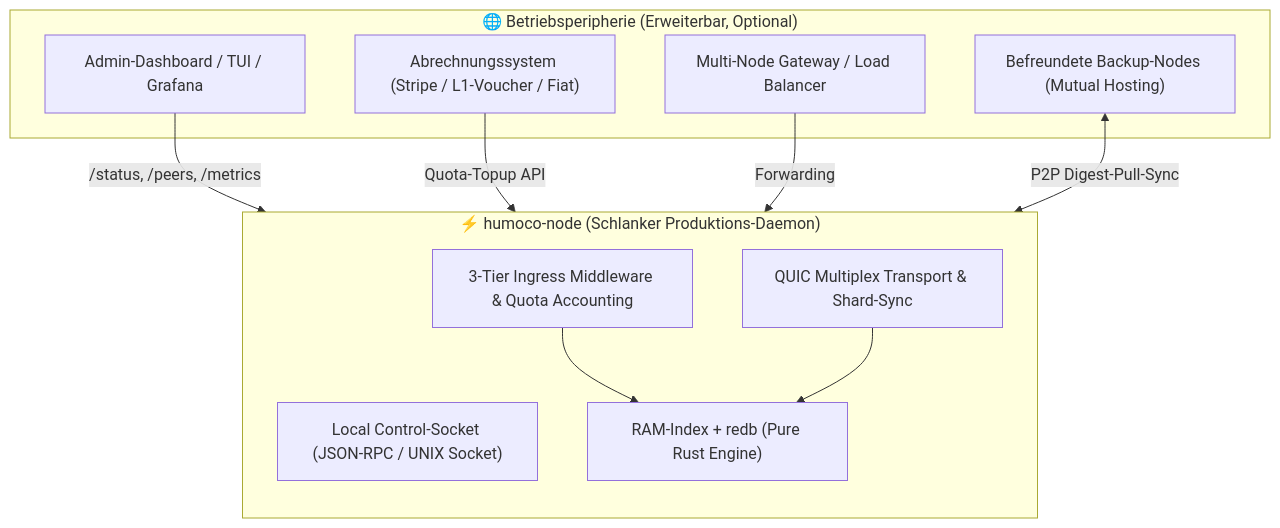
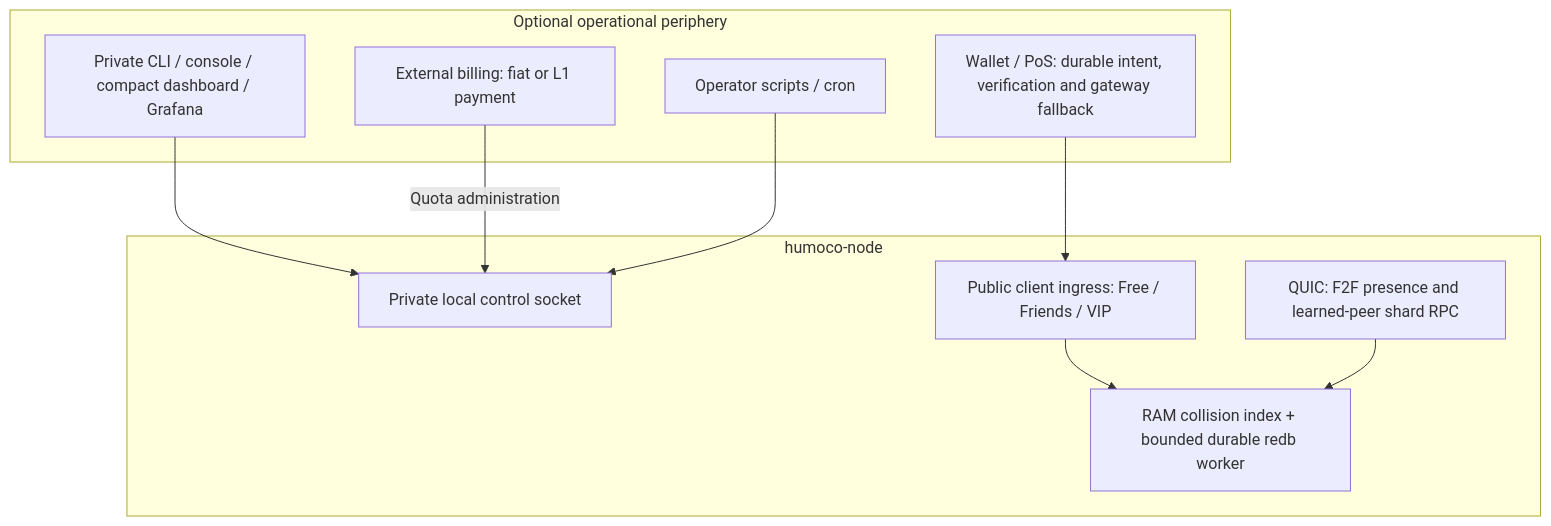
The first of 2 diagrams in docs/20_vogelperspektive_oekosystem_und_zukunftssicherheit.md (minutogit/human-money-node), drawn with Mermaid before and after one commit. The commit also changed other lines of this file and 38 other files, not shown here.

First line of the commit message:
feat(arch): consolidate architecture specs and enforce durable-before-vote

````diff
--- a/docs/20_vogelperspektive_oekosystem_und_zukunftssicherheit.md
+++ b/docs/20_vogelperspektive_oekosystem_und_zukunftssicherheit.md
@@ -14,24 +11,21 @@
 ```mermaid
 flowchart TB
-    subgraph Periphery["🌐 Betriebsperipherie (Erweiterbar, Optional)"]
-        Admin["Admin-Dashboard / TUI / Grafana"]
-        Billing["Abrechnungssystem (Stripe / L1-Voucher / Fiat)"]
-        HAProxy["Multi-Node Gateway / Load Balancer"]
-        BackupNodes["Befreundete Backup-Nodes (Mutual Hosting)"]
+    subgraph Periphery["Optional operational periphery"]
+        Admin["Private CLI / console / compact dashboard / Grafana"]
+        Billing["External billing: fiat or L1 payment"]
+        Client["Wallet / PoS: durable intent, verification and gateway fallback"]
+        Backup["Operator scripts / cron"]
     end
-
-    subgraph CoreDaemon["⚡ humoco-node (Schlanker Produktions-Daemon)"]
-        direction TB
-        ControlRPC["Local Control-Socket (JSON-RPC / UNIX Socket)"]
-        Ingress["3-Tier Ingress Middleware & Quota Accounting"]
-        P2P["QUIC Multiplex Transport & Shard-Sync"]
-        StateEngine["RAM-Index + redb (Pure Rust Engine)"]
+    subgraph Core["humoco-node"]
+        Control["Private local control socket"]
+        Ingress["Public client ingress: Free / Friends / VIP"]
+        P2P["QUIC: F2F presence and learned-peer shard RPC"]
+        State["RAM collision index + bounded durable redb worker"]
     end
-
-    Admin -->|/status, /peers, /metrics| ControlRPC
-    Billing -->|Quota-Topup API| ControlRPC
-    HAProxy -->|Forwarding| Ingress
-    BackupNodes <-->|P2P Digest-Pull-Sync| P2P
-    Ingress --> StateEngine
-    P2P --> StateEngine
+    Admin --> Control
+    Billing -->|Quota administration| Control
+    Backup --> Control
+    Client --> Ingress
+    Ingress --> State
+    P2P --> State
 ```
````
